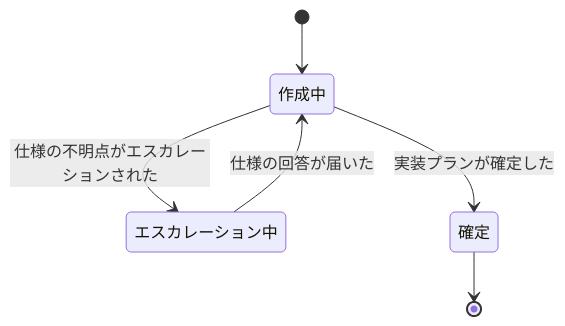
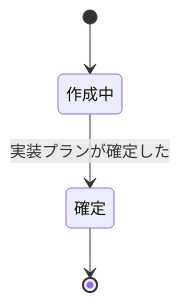
One commit to kuchita-el/claude-shared-skills changed the first of 5 diagrams in docs/development/event-storming.md. Above: the diagram before and after it, drawn with Mermaid. The commit also changed other lines of this file, not shown here.

````diff
--- a/docs/development/event-storming.md
+++ b/docs/development/event-storming.md
@@ -71,8 +77,6 @@
 ```mermaid
 stateDiagram-v2
     [*] --> 作成中
-    作成中 --> エスカレーション中: 仕様の不明点がエスカレーションされた
-    エスカレーション中 --> 作成中: 仕様の回答が届いた
     作成中 --> 確定: 実装プランが確定した
     確定 --> [*]
 ```
````
